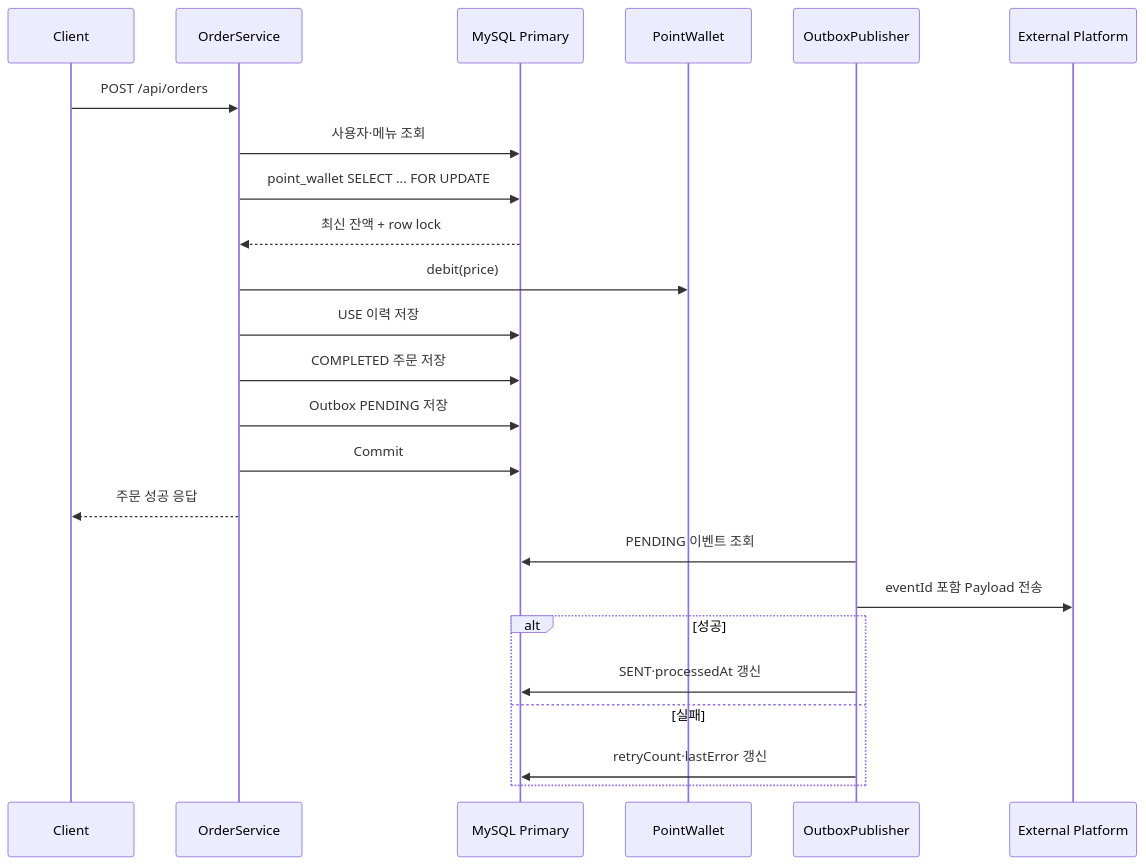
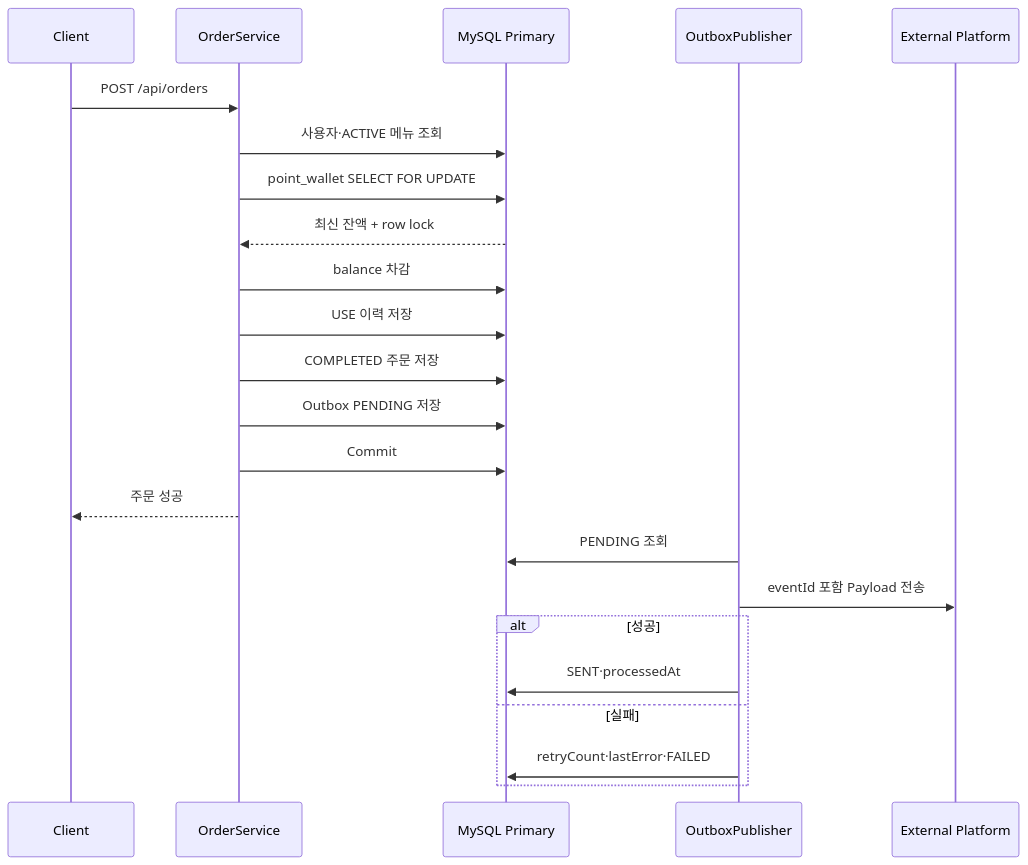
The third of 4 diagrams in docs/00_SOFTWARE_ARCHITECTURE.md (hyeonseung-dev/coffee-order-system), drawn with Mermaid before and after one commit. The commit also changed other lines of this file, not shown here.

````diff
--- a/docs/00_SOFTWARE_ARCHITECTURE.md
+++ b/docs/00_SOFTWARE_ARCHITECTURE.md
@@ -239,28 +180,27 @@
 ```mermaid
 sequenceDiagram
     participant C as Client
     participant O as OrderService
     participant P as MySQL Primary
-    participant W as PointWallet
     participant B as OutboxPublisher
     participant E as External Platform
 
     C->>O: POST /api/orders
-    O->>P: 사용자·메뉴 조회
-    O->>P: point_wallet SELECT ... FOR UPDATE
+    O->>P: 사용자·ACTIVE 메뉴 조회
+    O->>P: point_wallet SELECT FOR UPDATE
     P-->>O: 최신 잔액 + row lock
-    O->>W: debit(price)
+    O->>P: balance 차감
     O->>P: USE 이력 저장
     O->>P: COMPLETED 주문 저장
     O->>P: Outbox PENDING 저장
     O->>P: Commit
-    O-->>C: 주문 성공 응답
+    O-->>C: 주문 성공
 
-    B->>P: PENDING 이벤트 조회
+    B->>P: PENDING 조회
     B->>E: eventId 포함 Payload 전송
     alt 성공
-        B->>P: SENT·processedAt 갱신
+        B->>P: SENT·processedAt
     else 실패
-        B->>P: retryCount·lastError 갱신
+        B->>P: retryCount·lastError·FAILED
     end
 ```
````
